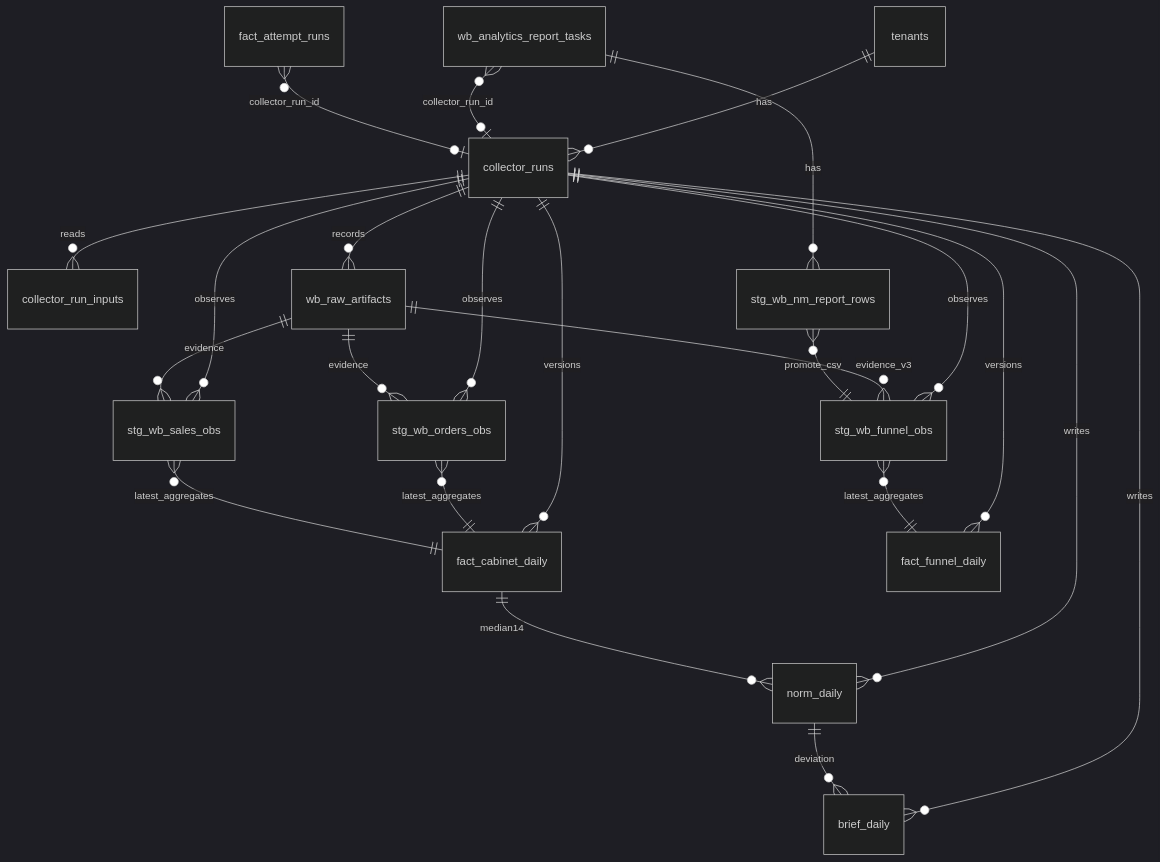
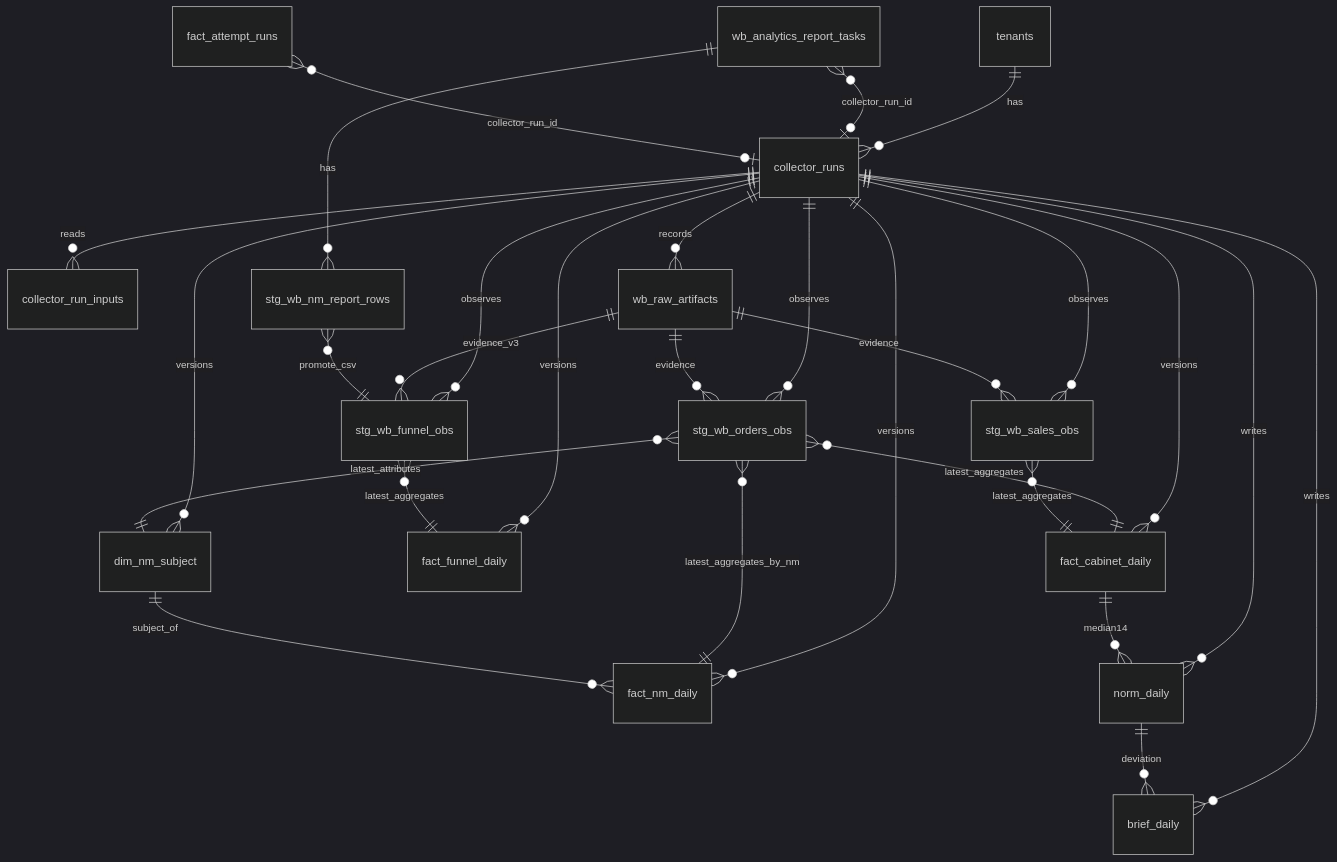
Before and after one commit to mihailzhamba-bot/proxima-ai: the third of 3 diagrams in _bmad-output/planning-artifacts/architecture/architecture-proxima-ai-2026-08-30/ARCHITECTURE-SPINE.md, drawn with Mermaid (dark theme). The commit also changed other lines of this file and 2 other files, not shown here.

First line of the commit message:
docs(architecture): propose AD-19 - nmId and subject grain for anomalies (Story 4.0)

````diff
--- a/_bmad-output/planning-artifacts/architecture/architecture-proxima-ai-2026-08-30/ARCHITECTURE-SPINE.md
+++ b/_bmad-output/planning-artifacts/architecture/architecture-proxima-ai-2026-08-30/ARCHITECTURE-SPINE.md
@@ -244,25 +250,30 @@
 ```mermaid
 erDiagram
   tenants ||--o{ collector_runs : has
   collector_runs ||--o{ collector_run_inputs : reads
   collector_runs ||--o{ wb_raw_artifacts : records
   collector_runs ||--o{ stg_wb_orders_obs : observes
   collector_runs ||--o{ stg_wb_sales_obs : observes
   collector_runs ||--o{ stg_wb_funnel_obs : observes
   collector_runs ||--o{ fact_cabinet_daily : versions
   collector_runs ||--o{ fact_funnel_daily : versions
+  collector_runs ||--o{ fact_nm_daily : versions
+  collector_runs ||--o{ dim_nm_subject : versions
   collector_runs ||--o{ norm_daily : writes
   collector_runs ||--o{ brief_daily : writes
   wb_raw_artifacts ||--o{ stg_wb_orders_obs : evidence
   wb_raw_artifacts ||--o{ stg_wb_sales_obs : evidence
   wb_raw_artifacts ||--o{ stg_wb_funnel_obs : evidence_v3
   wb_analytics_report_tasks ||--o{ stg_wb_nm_report_rows : has
   stg_wb_nm_report_rows }o--|| stg_wb_funnel_obs : promote_csv
   stg_wb_orders_obs }o--|| fact_cabinet_daily : latest_aggregates
   stg_wb_sales_obs }o--|| fact_cabinet_daily : latest_aggregates
+  stg_wb_orders_obs }o--|| fact_nm_daily : latest_aggregates_by_nm
+  stg_wb_orders_obs }o--|| dim_nm_subject : latest_attributes
+  dim_nm_subject ||--o{ fact_nm_daily : subject_of
   stg_wb_funnel_obs }o--|| fact_funnel_daily : latest_aggregates
   fact_cabinet_daily ||--o{ norm_daily : median14
   norm_daily ||--o{ brief_daily : deviation
   wb_analytics_report_tasks }o--o| collector_runs : collector_run_id
   fact_attempt_runs }o--o| collector_runs : collector_run_id
 ```
````
